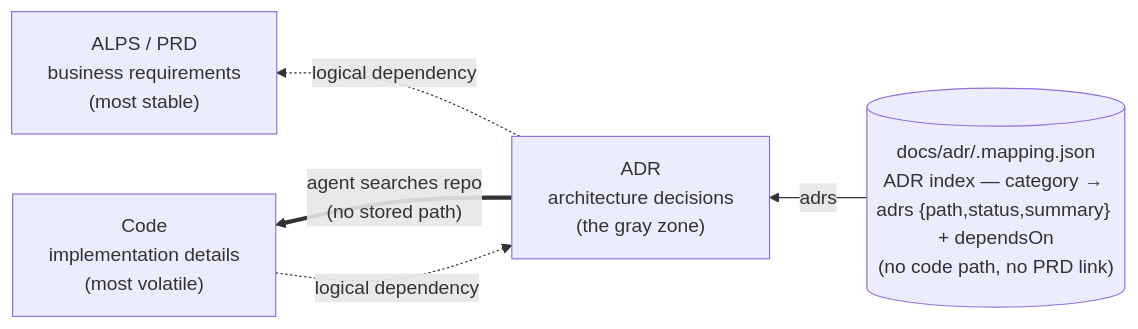
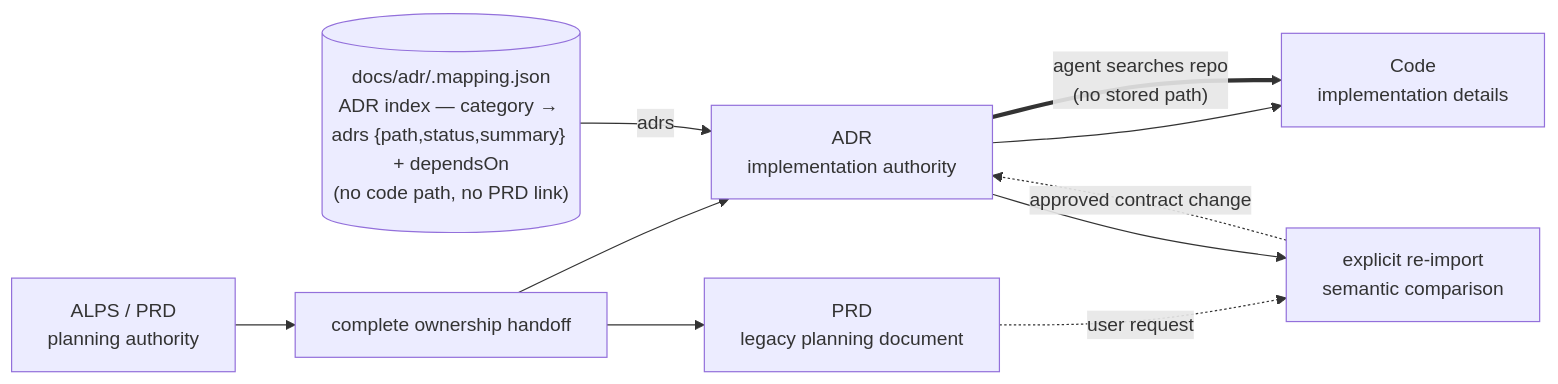
Before and after one commit to haandol/alps-writer-mcp: the diagram in docs/dependency-model.md, drawn with Mermaid. The commit also changed other lines of this file and 44 other files, not shown here.

Commit message:
feat(plugin): transfer PRD ownership to ADRs

````diff
--- a/docs/dependency-model.md
+++ b/docs/dependency-model.md
@@ -5,13 +5,18 @@
 ```mermaid
-flowchart RL
-    PRD["ALPS / PRD<br/>business requirements<br/>(most stable)"]
-    ADR["ADR<br/>architecture decisions<br/>(the gray zone)"]
-    Code["Code<br/>implementation details<br/>(most volatile)"]
+flowchart LR
+    PRD["ALPS / PRD<br/>planning authority"]
+    Handoff["complete ownership handoff"]
+    ADR["ADR<br/>implementation authority"]
+    Code["Code<br/>implementation details"]
+    Legacy["PRD<br/>legacy planning document"]
+    Reimport["explicit re-import<br/>semantic comparison"]
     Mapping[("docs/adr/.mapping.json<br/>ADR index — category → adrs {path,status,summary} + dependsOn<br/>(no code path, no PRD link)")]
 
-    Code -. logical dependency .-> ADR
-    ADR -. logical dependency .-> PRD
-
+    PRD --> Handoff --> ADR --> Code
+    Handoff --> Legacy
+    Legacy -. user request .-> Reimport
+    ADR --> Reimport
+    Reimport -. approved contract change .-> ADR
     Mapping -- adrs --> ADR
     ADR == "agent searches repo<br/>(no stored path)" ==> Code
 ```
````
